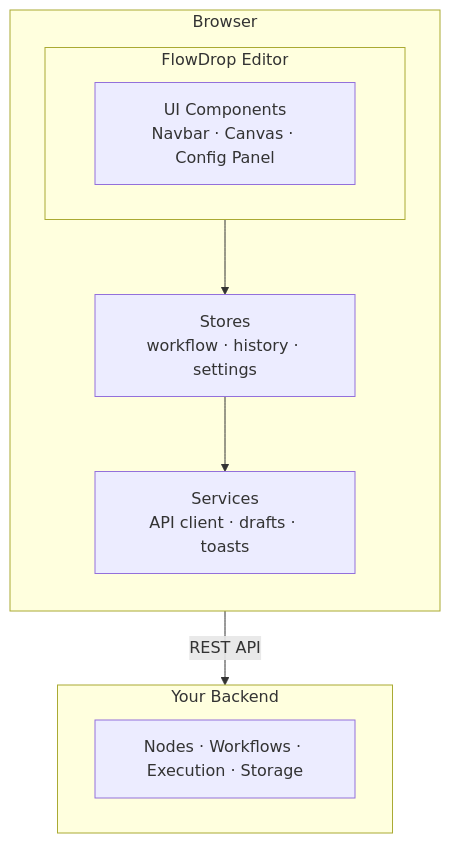
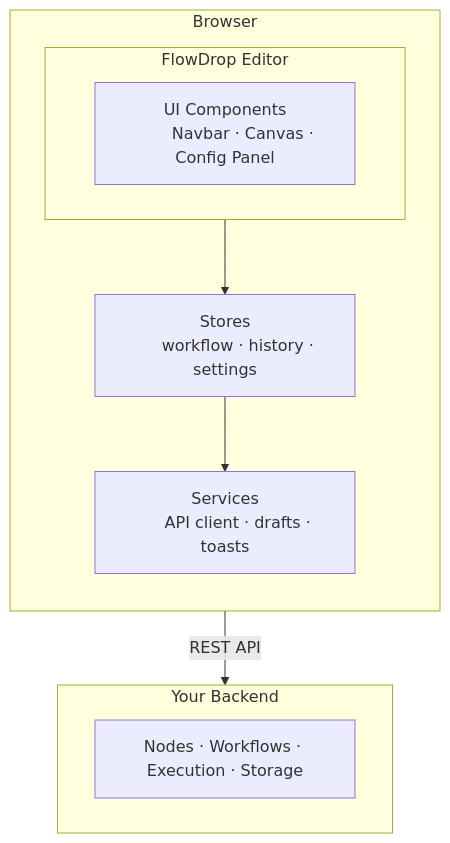
One commit to flowdrop-io/flowdrop changed the first of 4 diagrams in apps/docs/src/content/docs/concepts/architecture-overview.md. Above: the diagram before and after it, drawn with Mermaid. The commit also changed other lines of this file and 2 other files, not shown here.

First line of the commit message:
docs: add custom Mermaid theme based on FlowDrop design tokens

````diff
--- a/apps/docs/src/content/docs/concepts/architecture-overview.md
+++ b/apps/docs/src/content/docs/concepts/architecture-overview.md
@@ -12,18 +12,21 @@
 ```mermaid
 flowchart TD
   subgraph browser ["Browser"]
     direction TB
     subgraph editor ["FlowDrop Editor"]
       direction LR
-      ui["UI Components\nNavbar · Canvas · Config Panel"]
+      ui["UI Components
+        Navbar · Canvas · Config Panel"]
     end
-    stores["Stores\nworkflow · history · settings"]
-    services["Services\nAPI client · drafts · toasts"]
+    stores["Stores
+      workflow · history · settings"]
+    services["Services
+      API client · drafts · toasts"]
     editor --> stores --> services
   end
   services -- "REST API" --> backend
   subgraph backend ["Your Backend"]
     direction LR
     api["Nodes · Workflows · Execution · Storage"]
   end
 ```
````
